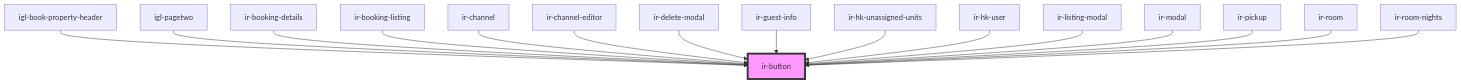
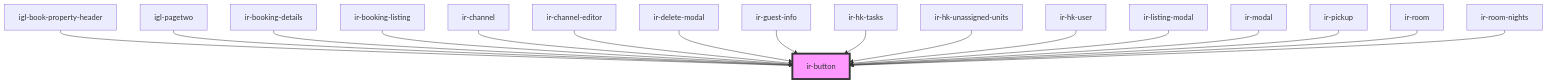
Before and after one commit to David1Chowaifaty/modified-ir-webcmp: the diagram in src/components/ir-button/readme.md, drawn with Mermaid. The commit also changed other lines of this file and 16 other files, not shown here.

````diff
--- a/src/components/ir-button/readme.md
+++ b/src/components/ir-button/readme.md
@@ -54,19 +55,20 @@
 ```mermaid
 graph TD;
   igl-book-property-header --> ir-button
   igl-pagetwo --> ir-button
   ir-booking-details --> ir-button
   ir-booking-listing --> ir-button
   ir-channel --> ir-button
   ir-channel-editor --> ir-button
   ir-delete-modal --> ir-button
   ir-guest-info --> ir-button
+  ir-hk-tasks --> ir-button
   ir-hk-unassigned-units --> ir-button
   ir-hk-user --> ir-button
   ir-listing-modal --> ir-button
   ir-modal --> ir-button
   ir-pickup --> ir-button
   ir-room --> ir-button
   ir-room-nights --> ir-button
   style ir-button fill:#f9f,stroke:#333,stroke-width:4px
 ```
````
